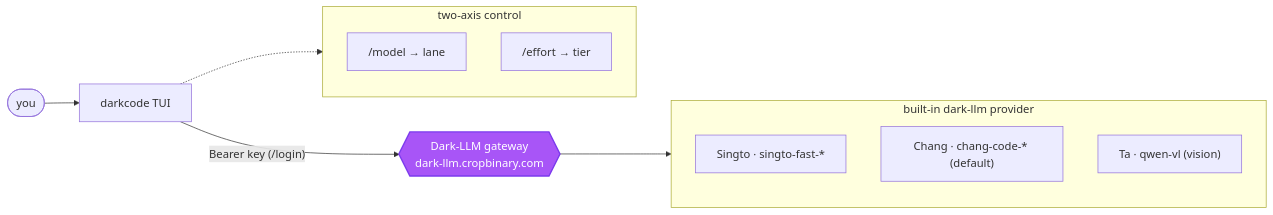
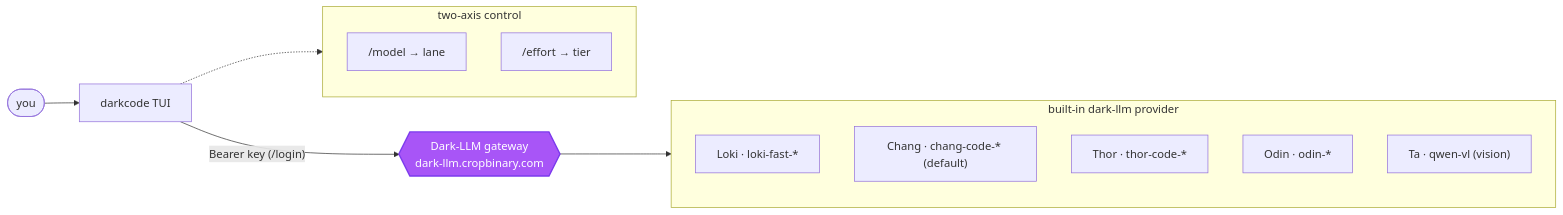
Before and after one commit to dark-crop/darkcode-cli: the diagram in README.md, drawn with Mermaid. The commit also changed other lines of this file and 2 other files, not shown here.

Commit message:
feat: rename Singto->Loki lane (loki-fast-*), add Thor + Odin lanes for bake-off; default stays chang-code-med until a winner is picked

````diff
--- a/README.md
+++ b/README.md
@@ -108,24 +110,26 @@
 ```mermaid
 flowchart LR
     U(["you"]) --> DC["darkcode TUI"]
 
     subgraph control["two-axis control"]
         direction TB
         M["/model → lane"]
         E["/effort → tier"]
     end
     DC -.-> control
 
     DC -->|"Bearer key (/login)"| G{{"Dark-LLM gateway<br/>dark-llm.cropbinary.com"}}
 
     subgraph lanes["built-in dark-llm provider"]
         direction TB
-        SG["Singto · singto-fast-*"]
+        SG["Loki · loki-fast-*"]
         CH["Chang · chang-code-* (default)"]
+        TH["Thor · thor-code-*"]
+        OD["Odin · odin-*"]
         TA["Ta · qwen-vl (vision)"]
     end
     G --> lanes
 
     classDef hub fill:#a855f7,stroke:#7c3aed,stroke-width:2px,color:#fff
     class G hub
 ```
````
